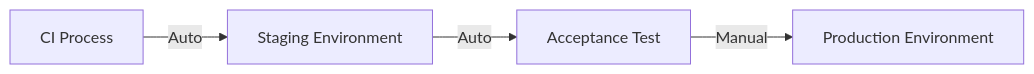
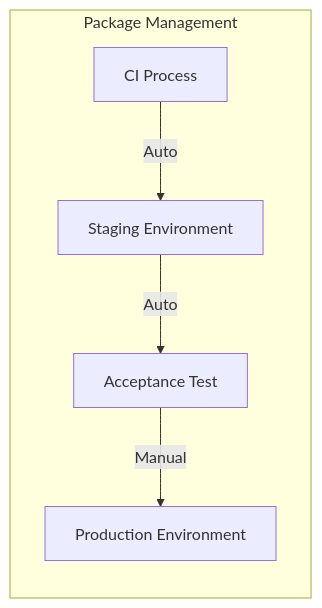
One commit to HorningGit/Rayquaza_Resources changed the third of 4 diagrams in tools/admin/devops.md. Above: the diagram before and after it, drawn with Mermaid.

````diff
--- a/tools/admin/devops.md
+++ b/tools/admin/devops.md
@@ -46,6 +46,8 @@
 ```mermaid
 graph LR
+  subgraph Package Management
   A[CI Process]-->|Auto| B[Staging Environment]
   B-->|Auto| C[Acceptance Test]
   C-->|Manual| D[Production Environment]
+  end
 ```
````
